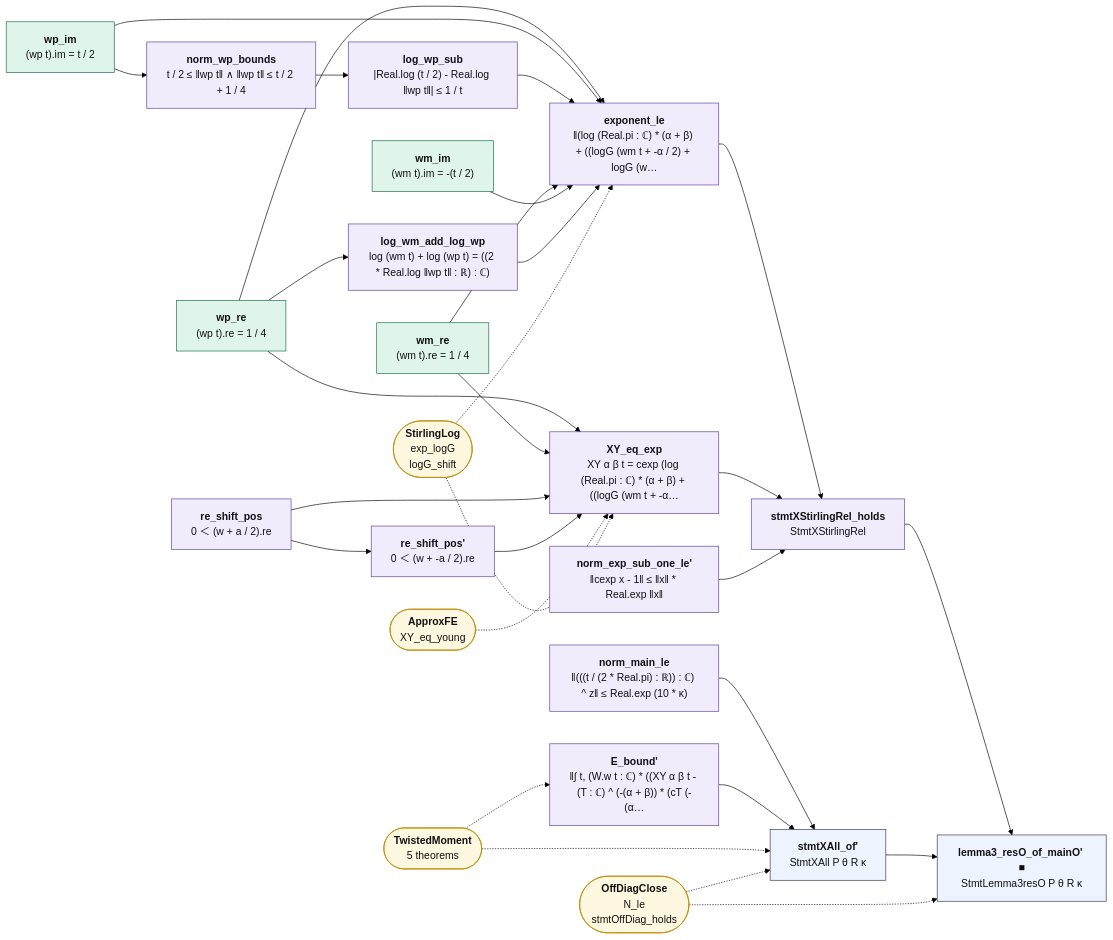
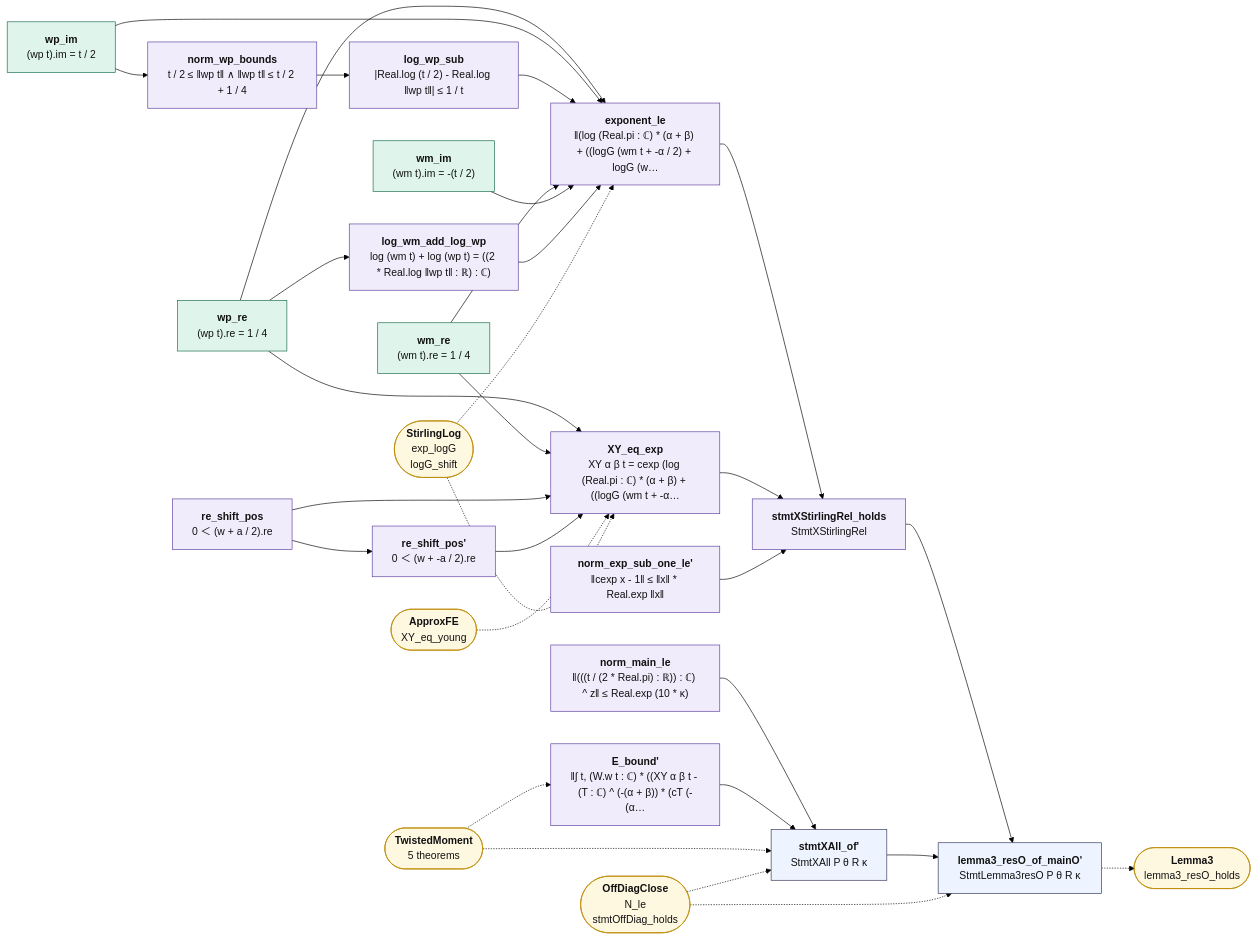
One commit to juliansambranojr/Primebeat_081426 changed the diagram in map/lean_stage3/StirlingX.mmd. Above: the diagram before and after it, drawn with Mermaid (forest theme). The commit also changed 36 other files, not shown here.

```diff
--- a/map/lean_stage3/StirlingX.mmd
+++ b/map/lean_stage3/StirlingX.mmd
@@ -1,58 +1,60 @@
 flowchart LR
   n0["<b>wp_re</b><br/>(wp t).re = 1 / 4"]:::cnt
   n1["<b>wp_im</b><br/>(wp t).im = t / 2"]:::cnt
   n2["<b>wm_re</b><br/>(wm t).re = 1 / 4"]:::cnt
   n3["<b>wm_im</b><br/>(wm t).im = -(t / 2)"]:::cnt
   n4["<b>re_shift_pos</b><br/>0 ＜ (w + a / 2).re"]:::shp
   n5["<b>re_shift_pos'</b><br/>0 ＜ (w + -a / 2).re"]:::shp
   n6["<b>XY_eq_exp</b><br/>XY α β t = cexp (log (Real.pi : ℂ) * (α + β) + ((logG (wm t + -α…"]:::shp
   n7["<b>log_wm_add_log_wp</b><br/>log (wm t) + log (wp t) = ((2 * Real.log ‖wp t‖ : ℝ) : ℂ)"]:::shp
   n8["<b>norm_exp_sub_one_le'</b><br/>‖cexp x - 1‖ ≤ ‖x‖ * Real.exp ‖x‖"]:::shp
   n9["<b>norm_wp_bounds</b><br/>t / 2 ≤ ‖wp t‖ ∧ ‖wp t‖ ≤ t / 2 + 1 / 4"]:::shp
   n10["<b>log_wp_sub</b><br/>|Real.log (t / 2) - Real.log ‖wp t‖| ≤ 1 / t"]:::shp
   n11["<b>exponent_le</b><br/>‖(log (Real.pi : ℂ) * (α + β) + ((logG (wm t + -α / 2) + logG (w…"]:::shp
   n12["<b>stmtXStirlingRel_holds</b><br/>StmtXStirlingRel"]:::shp
   n13["<b>norm_main_le</b><br/>‖(((t / (2 * Real.pi) : ℝ)) : ℂ) ^ z‖ ≤ Real.exp (10 * κ)"]:::shp
   n14["<b>E_bound'</b><br/>‖∫ t, (W.w t : ℂ) * ((XY α β t - (T : ℂ) ^ (-(α + β)) * (cT (-(α…"]:::shp
   n15["<b>stmtXAll_of'</b><br/>StmtXAll P θ R κ"]:::thm
-  n16["<b>lemma3_resO_of_mainO' ■</b><br/>StmtLemma3resO P θ R κ"]:::thm
+  n16["<b>lemma3_resO_of_mainO'</b><br/>StmtLemma3resO P θ R κ"]:::thm
   x0(["<b>ApproxFE</b><br/>XY_eq_young"]):::ext
   x1(["<b>StirlingLog</b><br/>exp_logG<br/>logG_shift"]):::ext
   x2(["<b>TwistedMoment</b><br/>5 theorems"]):::ext
   x3(["<b>OffDiagClose</b><br/>N_le<br/>stmtOffDiag_holds"]):::ext
+  x4(["<b>Lemma3</b><br/>lemma3_resO_holds"]):::ext
   n0 --> n11
   n0 --> n6
   n0 --> n7
   n1 --> n11
   n1 --> n9
   n10 --> n11
   n11 --> n12
   n12 --> n16
   n13 --> n15
   n14 --> n15
   n15 --> n16
   n2 --> n11
   n2 --> n6
   n3 --> n11
   n4 --> n5
   n4 --> n6
   n5 --> n6
   n6 --> n12
   n7 --> n11
   n8 --> n12
   n9 --> n10
+  n16 -.-> x4
   x0 -.-> n6
   x1 -.-> n11
   x1 -.-> n6
   x2 -.-> n14
   x2 -.-> n15
   x3 -.-> n15
   x3 -.-> n16
   classDef cnt fill:#dff5ec,stroke:#17694a,color:#111
   classDef shp fill:#f1ecfb,stroke:#5b3fa0,color:#111
   classDef rh fill:#ffe5e5,stroke:#c22,color:#111,stroke-width:2px
   classDef thm fill:#eef4ff,stroke:#335,color:#111
   classDef end_ fill:#e7f7e7,stroke:#2a7,color:#111,stroke-width:2px
   classDef lone fill:#fff,stroke:#999,color:#111,stroke-dasharray:4 3
   classDef bad fill:#ffe5e5,stroke:#c22,color:#111,stroke-width:2px
   classDef ext fill:#fff8e1,stroke:#b80,color:#111
```
